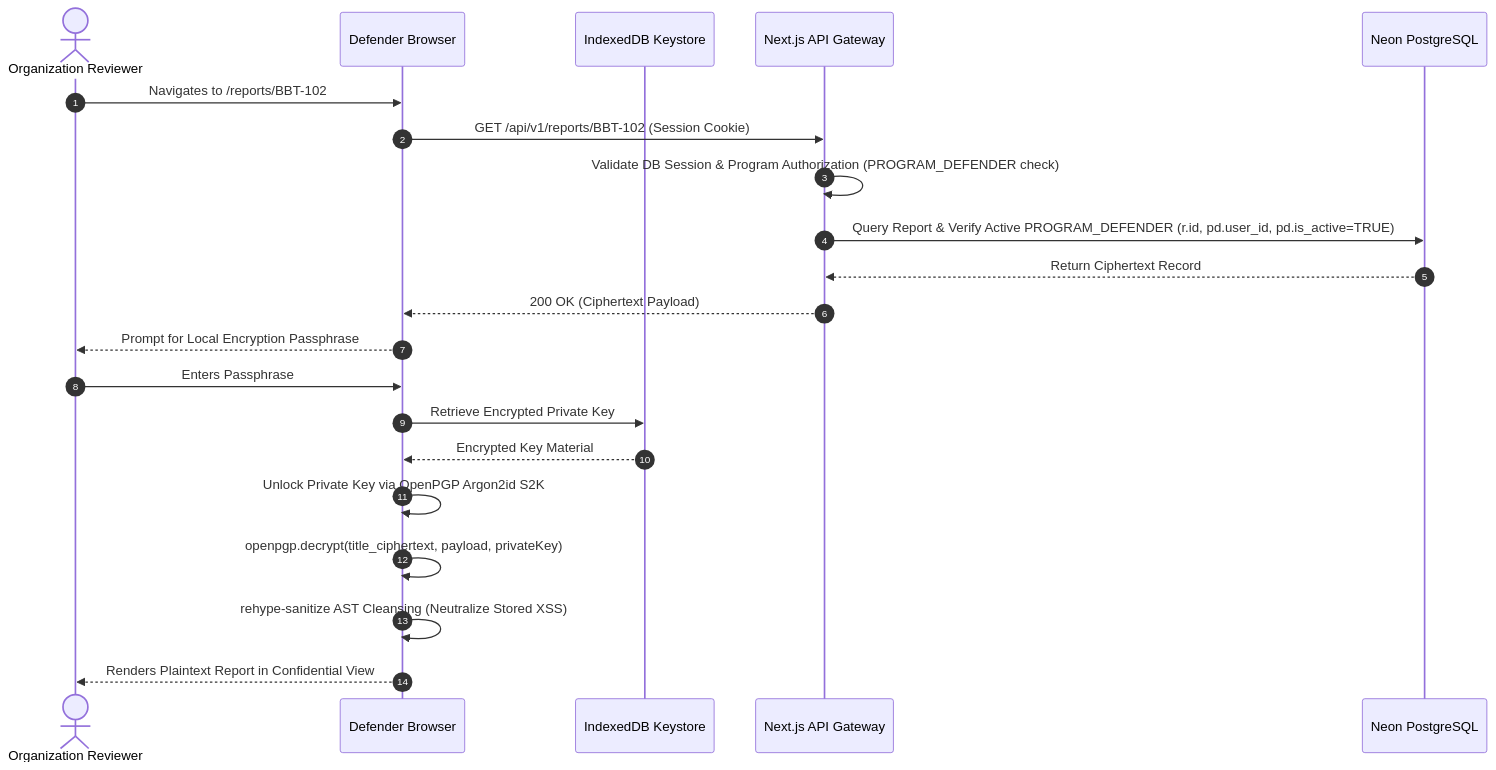
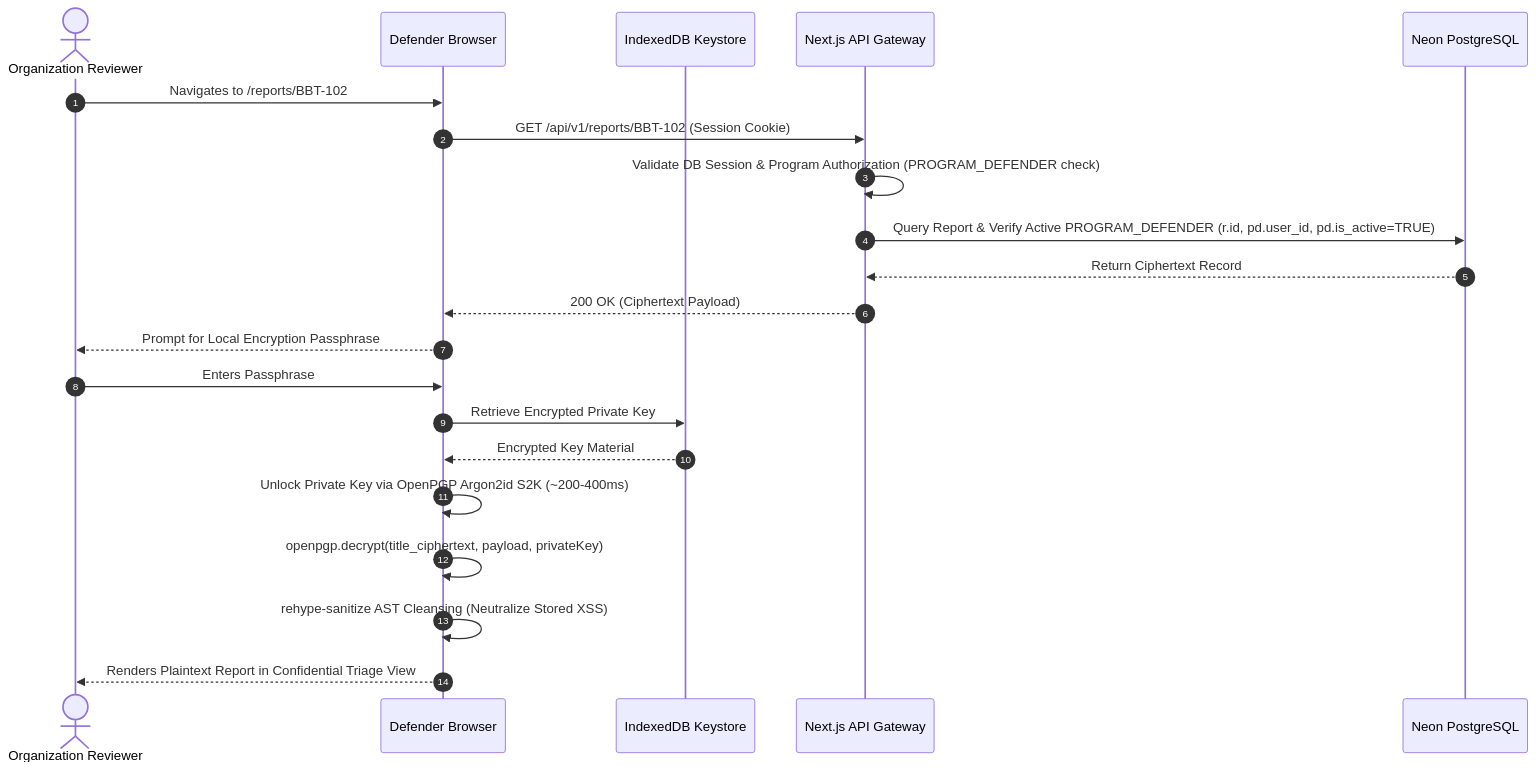
Before and after one commit to Taha-Asad/BugBountyTracker: the third of 4 diagrams in requirements/SRS.md, drawn with Mermaid. The commit also changed other lines of this file and 16 other files, not shown here.

Commit message:
docs(week2): scope SRS and UML behavioral diagrams strictly to Academic MVP baseline

````diff
--- a/requirements/SRS.md
+++ b/requirements/SRS.md
@@ -485,24 +425,24 @@
 ```mermaid
 sequenceDiagram
     autonumber
     actor Defender as Organization Reviewer
     participant Browser as Defender Browser
     participant KeyStore as IndexedDB Keystore
     participant Server as Next.js API Gateway
     participant DB as Neon PostgreSQL
 
     Defender->>Browser: Navigates to /reports/BBT-102
     Browser->>Server: GET /api/v1/reports/BBT-102 (Session Cookie)
     Server->>Server: Validate DB Session & Program Authorization (PROGRAM_DEFENDER check)
     Server->>DB: Query Report & Verify Active PROGRAM_DEFENDER (r.id, pd.user_id, pd.is_active=TRUE)
     DB-->>Server: Return Ciphertext Record
     Server-->>Browser: 200 OK (Ciphertext Payload)
     Browser-->>Defender: Prompt for Local Encryption Passphrase
     Defender->>Browser: Enters Passphrase
     Browser->>KeyStore: Retrieve Encrypted Private Key
     KeyStore-->>Browser: Encrypted Key Material
-    Browser->>Browser: Unlock Private Key via OpenPGP Argon2id S2K
+    Browser->>Browser: Unlock Private Key via OpenPGP Argon2id S2K (~200-400ms)
     Browser->>Browser: openpgp.decrypt(title_ciphertext, payload, privateKey)
     Browser->>Browser: rehype-sanitize AST Cleansing (Neutralize Stored XSS)
-    Browser-->>Defender: Renders Plaintext Report in Confidential View
+    Browser-->>Defender: Renders Plaintext Report in Confidential Triage View
 ```
````
